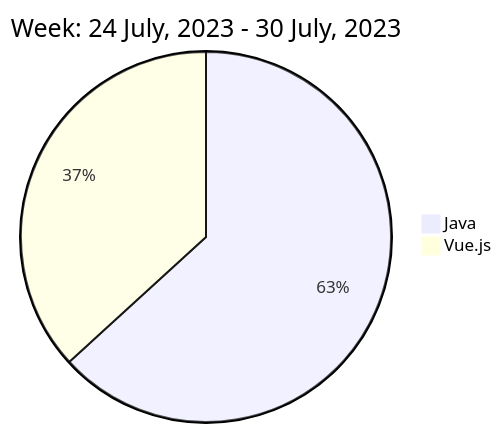
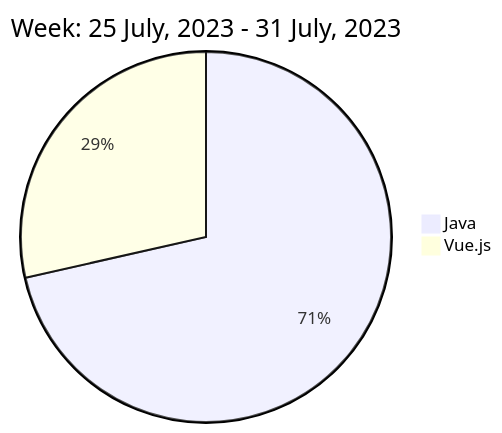
Before and after one commit to liubin95/liubin95: the diagram in README.md, drawn with Mermaid.

Commit message:
Updated the Graph with new Metrics

````diff
--- a/README.md
+++ b/README.md
@@ -40,6 +40,6 @@
 ```mermaid
  pie
-title Week: 24 July, 2023 - 30 July, 2023
- "Java" : 2.2
- "Vue.js" : 1.28
+title Week: 25 July, 2023 - 31 July, 2023
+ "Java" : 9.72
+ "Vue.js" : 3.88
 ```
````
